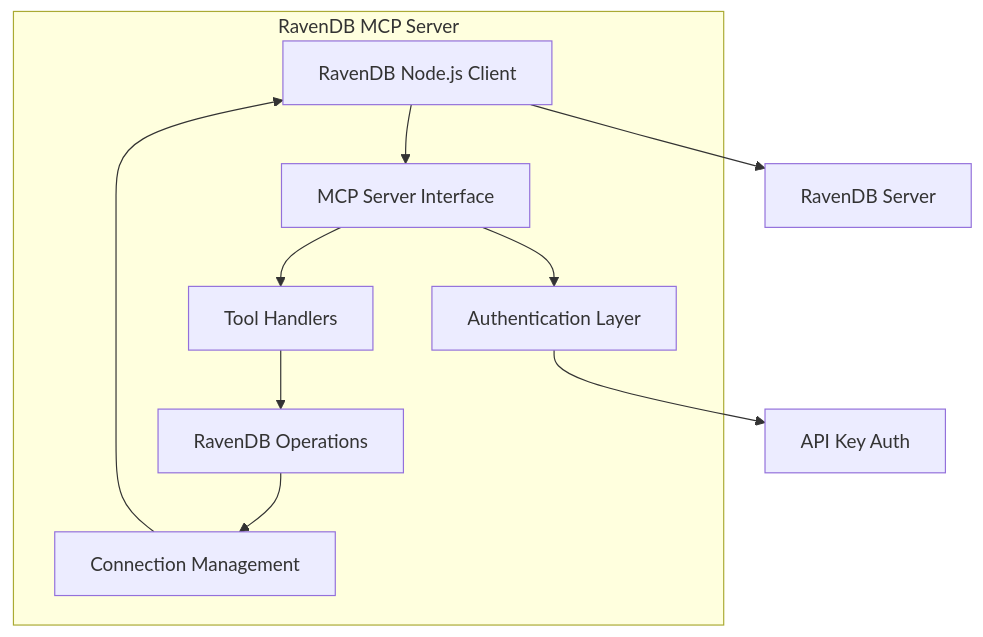
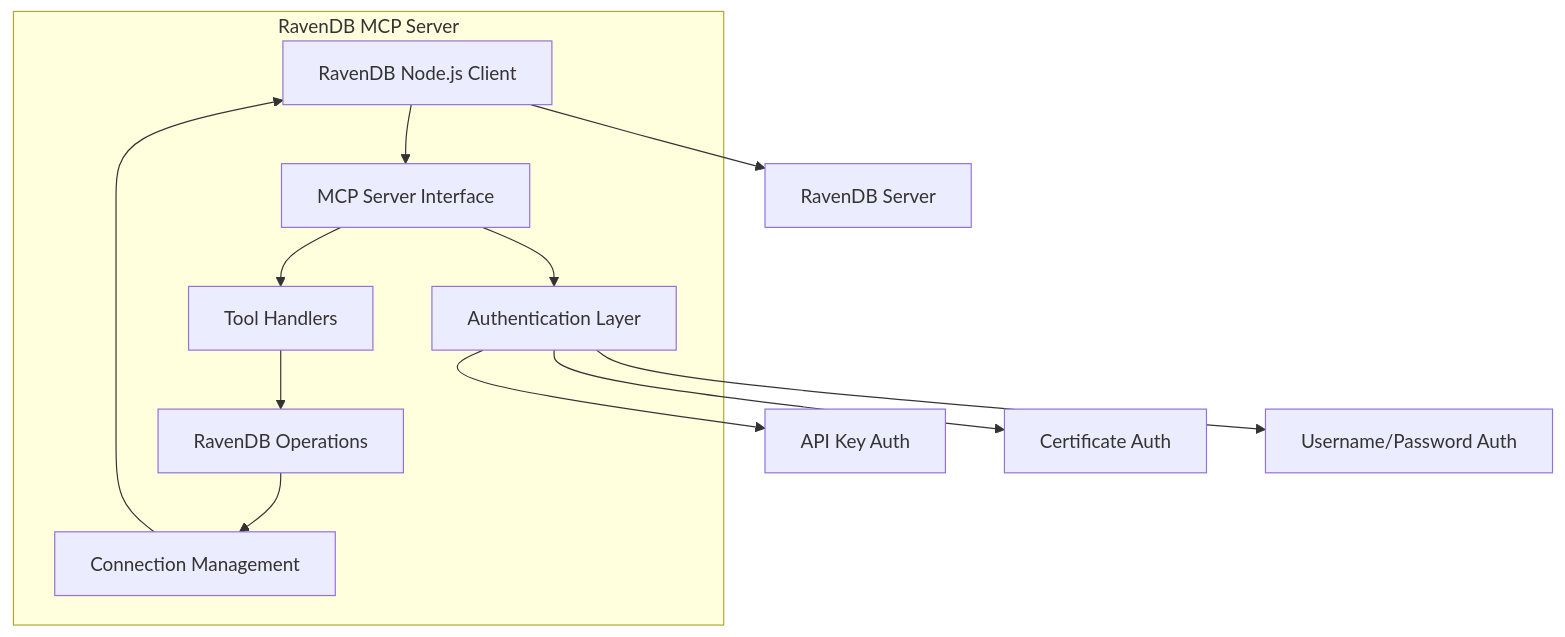
One commit to johnib/ravendb-mcp changed the first of 2 diagrams in RavenDB.PRD.md. Above: the diagram before and after it, drawn with Mermaid. The commit also changed other lines of this file and 5 other files, not shown here.

Commit message:
feat: implement multi-authentication support with API key, certificate, and username/password methods

````diff
--- a/RavenDB.PRD.md
+++ b/RavenDB.PRD.md
@@ -189,15 +186,17 @@
 ```mermaid
 flowchart TB
     Client[AI Assistant] --> MCP[MCP Server Interface]
     
     subgraph Server[RavenDB MCP Server]
         MCP --> Auth[Authentication Layer]
         MCP --> Tools[Tool Handlers]
         Tools --> Operations[RavenDB Operations]
         Operations --> Connection[Connection Management]
         Connection --> Client[RavenDB Node.js Client]
     end
     
     Auth --> ApiKey[API Key Auth]
+    Auth --> Cert[Certificate Auth]
+    Auth --> UserPass[Username/Password Auth]
     Client --> RavenDB[RavenDB Server]
 ```
````
